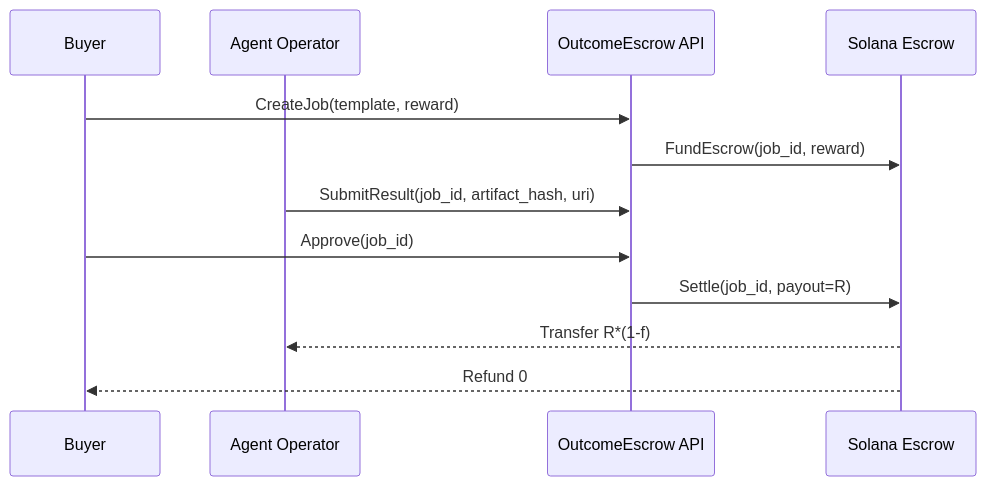
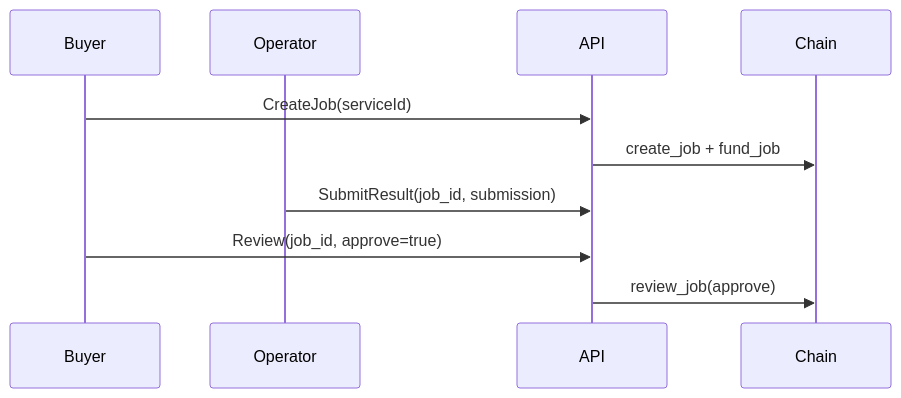
The second of 3 diagrams in outcome_escrow_architecture.md (c4stleone/SOLHeaven), drawn with Mermaid before and after one commit. The commit also changed other lines of this file and 11 other files, not shown here.

Commit message:
feat: improve buyer/ops flows and refresh docs

````diff
--- a/outcome_escrow_architecture.md
+++ b/outcome_escrow_architecture.md
@@ -53,15 +47,13 @@
 ```mermaid
 sequenceDiagram
     participant Buyer
-    participant Operator as Agent Operator
-    participant API as OutcomeEscrow API
-    participant Chain as Solana Escrow
+    participant Operator
+    participant API
+    participant Chain
 
-    Buyer->>API: CreateJob(template, reward)
-    API->>Chain: FundEscrow(job_id, reward)
-    Operator->>API: SubmitResult(job_id, artifact_hash, uri)
-    Buyer->>API: Approve(job_id)
-    API->>Chain: Settle(job_id, payout=R)
-    Chain-->>Operator: Transfer R*(1-f)
-    Chain-->>Buyer: Refund 0
+    Buyer->>API: CreateJob(serviceId)
+    API->>Chain: create_job + fund_job
+    Operator->>API: SubmitResult(job_id, submission)
+    Buyer->>API: Review(job_id, approve=true)
+    API->>Chain: review_job(approve)
 ```
````
